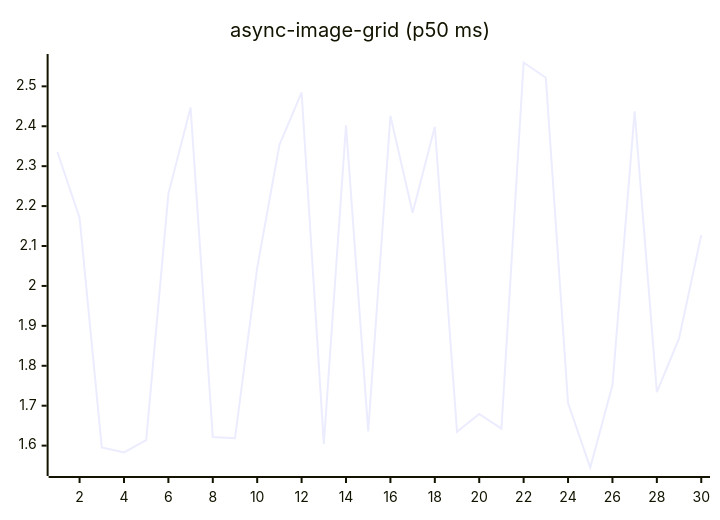
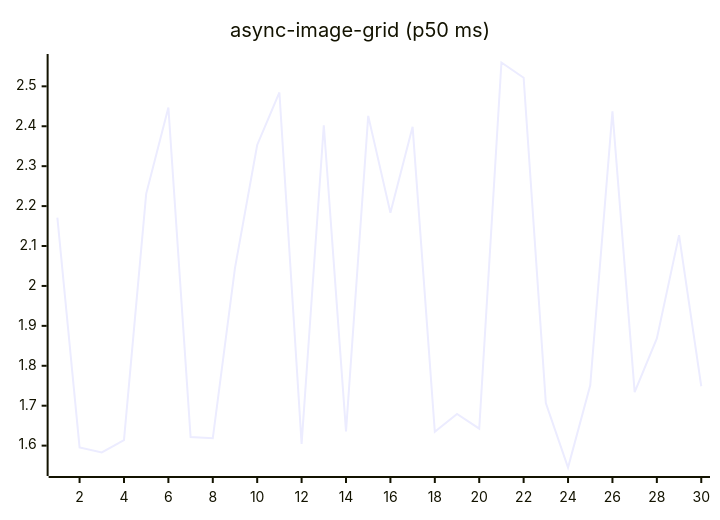
One commit to josha/Facet changed the fifth of 27 diagrams in README.md. Above: the diagram before and after it, drawn with Mermaid. The commit also changed other lines of this file and 2 other files, not shown here.

````diff
--- a/README.md
+++ b/README.md
@@ -91,6 +91,6 @@
 ```mermaid
 xychart-beta
     title "async-image-grid (p50 ms)"
     x-axis 1 --> 30
-    line [2.3355, 2.1710, 1.5954, 1.5829, 1.6137, 2.2308, 2.4470, 1.6216, 1.6184, 2.0452, 2.3531, 2.4847, 1.6045, 2.4025, 1.6357, 2.4260, 2.1835, 2.3985, 1.6346, 1.6792, 1.6424, 2.5597, 2.5214, 1.7066, 1.5452, 1.7512, 2.4372, 1.7341, 1.8684, 2.1272]
+    line [2.1710, 1.5954, 1.5829, 1.6137, 2.2308, 2.4470, 1.6216, 1.6184, 2.0452, 2.3531, 2.4847, 1.6045, 2.4025, 1.6357, 2.4260, 2.1835, 2.3985, 1.6346, 1.6792, 1.6424, 2.5597, 2.5214, 1.7066, 1.5452, 1.7512, 2.4372, 1.7341, 1.8684, 2.1272, 1.7487]
 ```
````
